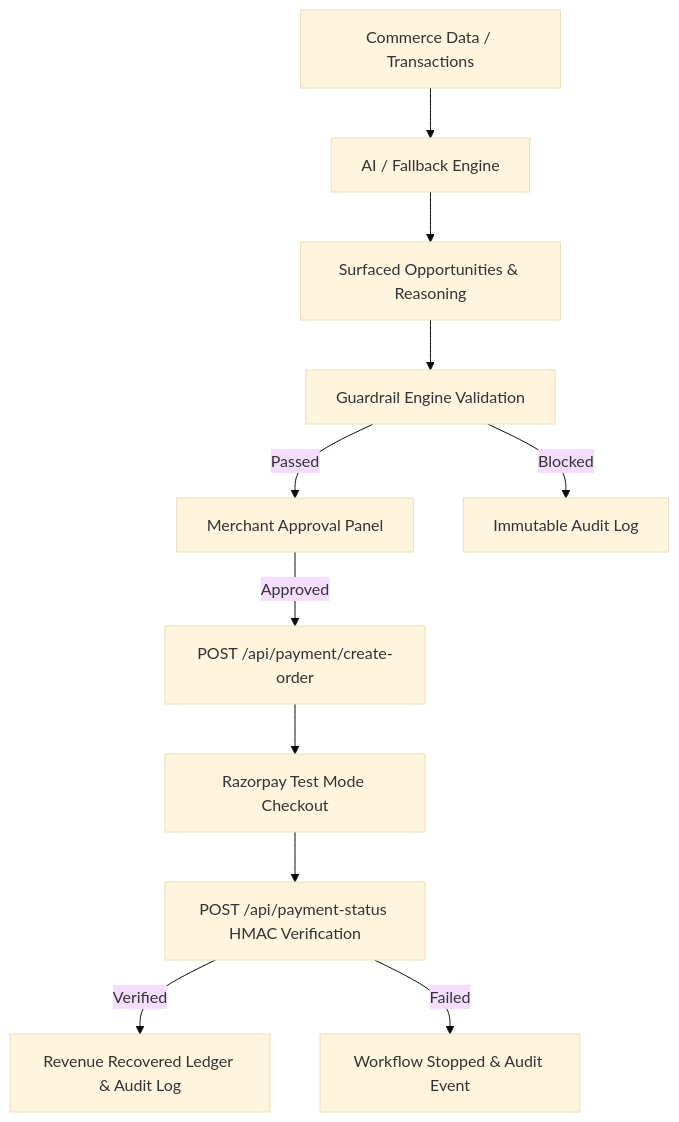
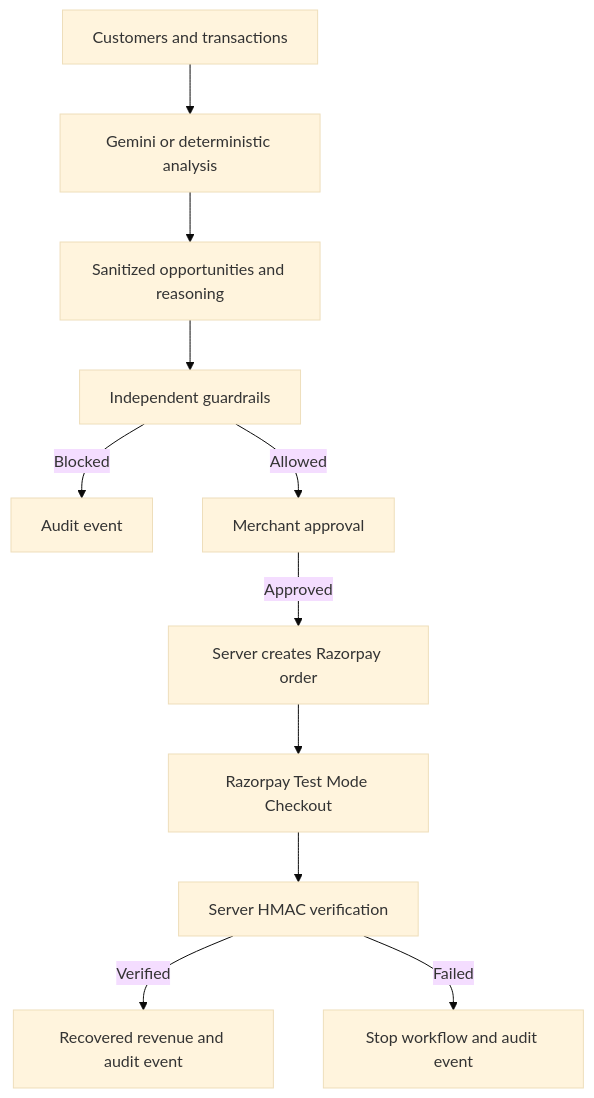
The diagram in README.md (safwanxs/merchantmind), drawn with Mermaid (base theme) before and after one commit. The commit also changed other lines of this file and 1 other file, not shown here.

Commit message:
docs: document MerchantMind implementation and setup

````diff
--- a/README.md
+++ b/README.md
@@ -28,13 +69,13 @@
 ```mermaid
 flowchart TD
-    A[Commerce Data / Transactions] --> B[AI / Fallback Engine]
-    B --> C[Surfaced Opportunities & Reasoning]
-    C --> D[Guardrail Engine Validation]
-    D -->|Passed| E[Merchant Approval Panel]
-    D -->|Blocked| F[Immutable Audit Log]
-    E -->|Approved| G[POST /api/payment/create-order]
-    G --> H[Razorpay Test Mode Checkout]
-    H --> I[POST /api/payment-status HMAC Verification]
-    I -->|Verified| J[Revenue Recovered Ledger & Audit Log]
-    I -->|Failed| K[Workflow Stopped & Audit Event]
+        A[Customers and transactions] --> B[Gemini or deterministic analysis]
+        B --> C[Sanitized opportunities and reasoning]
+        C --> D[Independent guardrails]
+        D -->|Blocked| E[Audit event]
+        D -->|Allowed| F[Merchant approval]
+        F -->|Approved| G[Server creates Razorpay order]
+        G --> H[Razorpay Test Mode Checkout]
+        H --> I[Server HMAC verification]
+        I -->|Verified| J[Recovered revenue and audit event]
+        I -->|Failed| K[Stop workflow and audit event]
 ```
````
